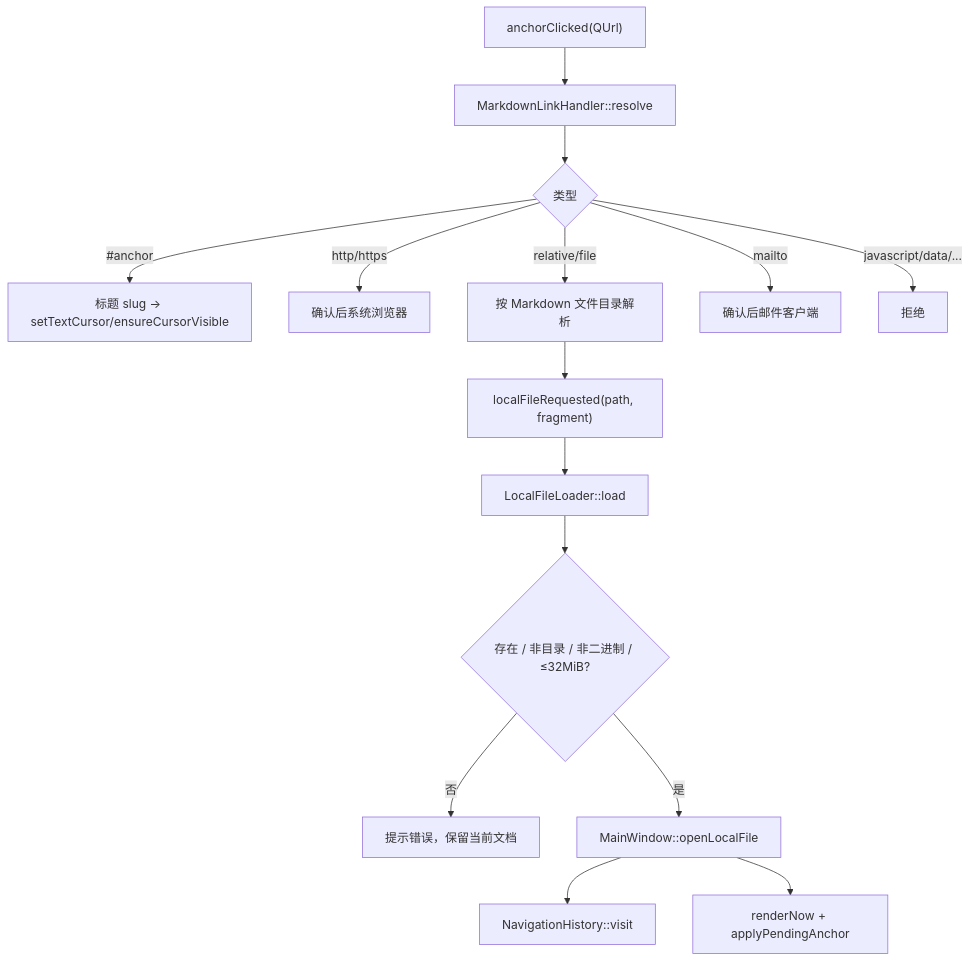
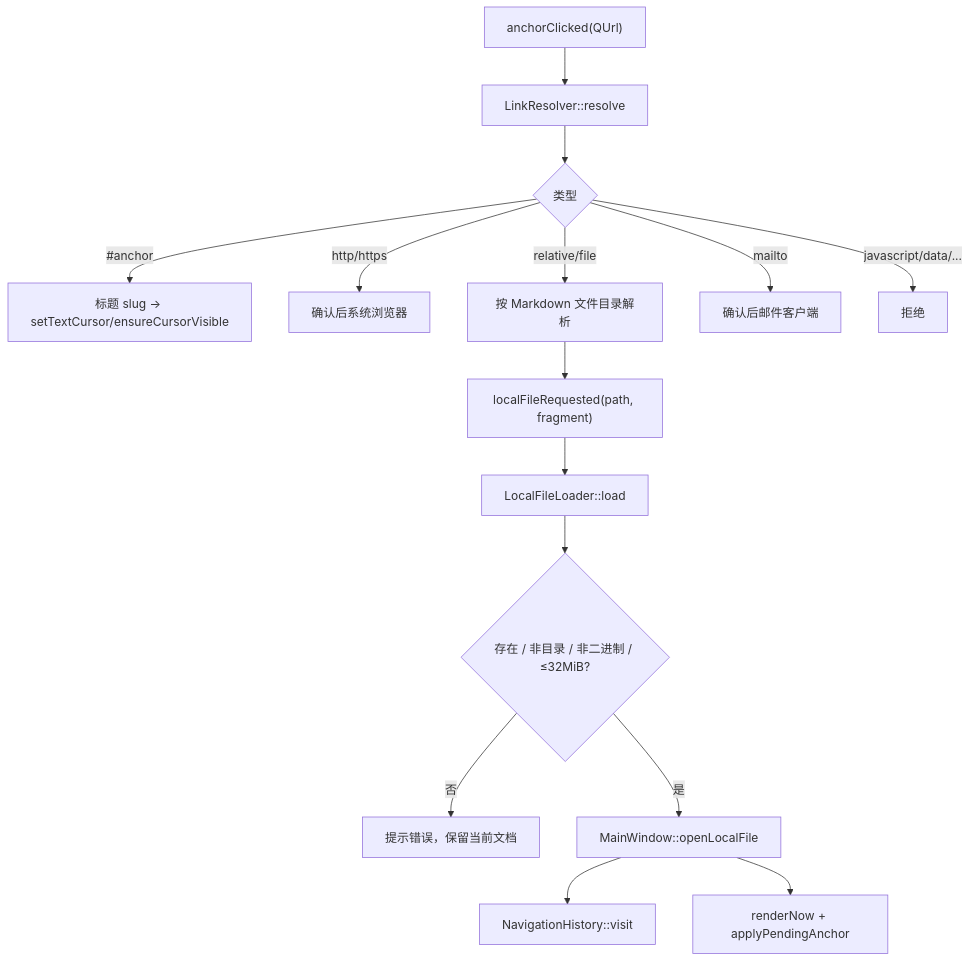
Before and after one commit to iLogIng/qt-rich-text-renderer: the sixth of 9 diagrams in docs/FLOW.md, drawn with Mermaid. The commit also changed other lines of this file and 3 other files, not shown here.

````diff
--- a/docs/FLOW.md
+++ b/docs/FLOW.md
@@ -172,17 +173,17 @@
 ```mermaid
 flowchart TD
-    A["anchorClicked(QUrl)"] --> B["MarkdownLinkHandler::resolve"]
+    A["anchorClicked(QUrl)"] --> B["LinkResolver::resolve"]
     B --> C{"类型"}
     C -- "#anchor" --> D["标题 slug → setTextCursor/ensureCursorVisible"]
     C -- "http/https" --> E["确认后系统浏览器"]
     C -- "relative/file" --> F["按 Markdown 文件目录解析"]
     F --> G["localFileRequested(path, fragment)"]
     G --> H["LocalFileLoader::load"]
     H --> I{"存在 / 非目录 / 非二进制 / ≤32MiB?"}
     I -- 否 --> J["提示错误，保留当前文档"]
     I -- 是 --> K["MainWindow::openLocalFile"]
     K --> L["NavigationHistory::visit"]
     K --> M["renderNow + applyPendingAnchor"]
     C -- "mailto" --> N["确认后邮件客户端"]
     C -- "javascript/data/..." --> O["拒绝"]
 ```
````
